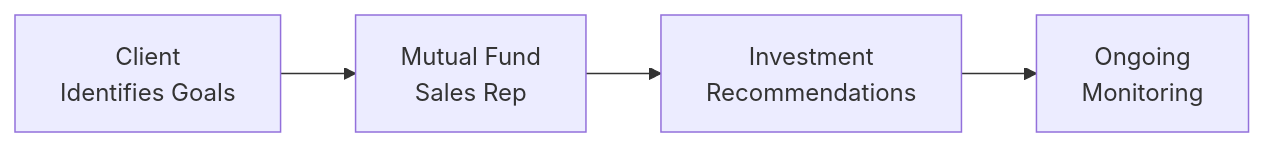
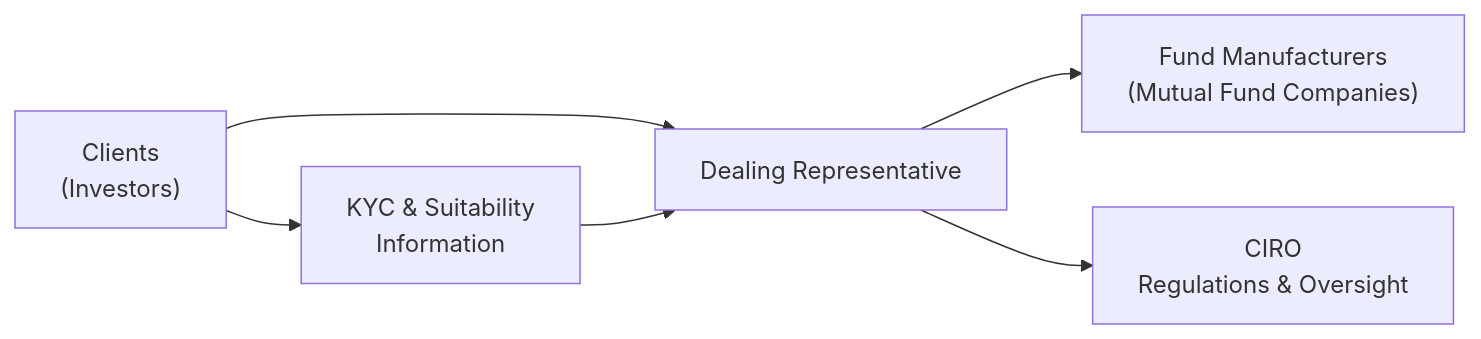
Before and after one commit to MasteryEducation/SecuritiesExamsMastery.ca: the diagram in content/ifc/1/6/index.md, drawn with Mermaid. The commit also changed other lines of this file and 130 other files, not shown here.

````diff
--- a/content/ifc/1/6/index.md
+++ b/content/ifc/1/6/index.md
@@ -55,6 +89,8 @@
 ```mermaid
 flowchart LR
-    A["Client <br/>Identifies Goals"] --> B["Mutual Fund <br/>Sales Rep"]
-    B --> C["Investment <br/>Recommendations"]
-    C --> D["Ongoing <br/>Monitoring"]
+    A["Clients <br/>(Investors)"] --> B["Dealing Representative"]
+    B --> C["Fund Manufacturers <br/>(Mutual Fund Companies)"]
+    B --> D["CIRO <br/>Regulations & Oversight"]
+    A --> E["KYC & Suitability <br/>Information"]
+    E --> B
 ```
````
